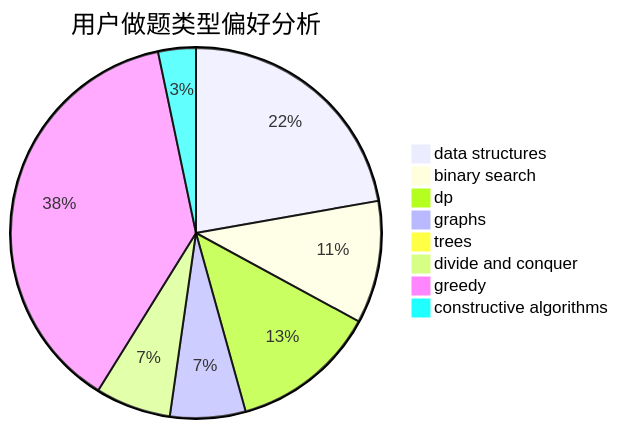
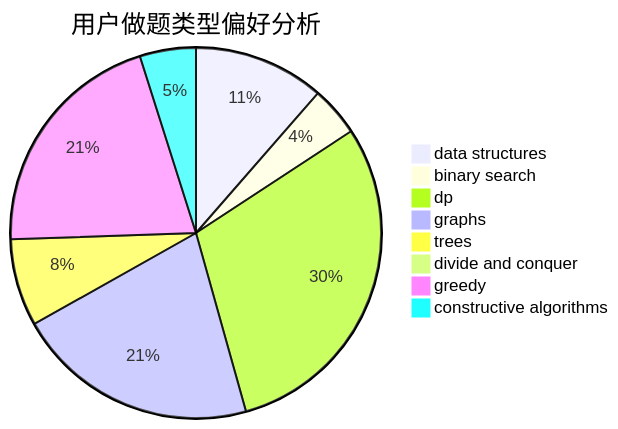
Before and after one commit to sherpahu/cfrs.github.io: the second of 3 diagrams in docs/user/u1958.md, drawn with Mermaid. The commit also changed other lines of this file and 2770 other files, not shown here.

````diff
--- a/docs/user/u1958.md
+++ b/docs/user/u1958.md
@@ -23,11 +23,11 @@
 ```mermaid
 pie title 用户做题类型偏好分析
-    "data structures" :  54
-    "binary search" :  26
-    "dp" :  31
-    "graphs" :  16
-    "trees" :  0
-    "divide and conquer" :  16
-    "greedy" :  92
-    "constructive algorithms" :  8
+    "data structures" :  21
+    "binary search" :  8
+    "dp" :  55
+    "graphs" :  39
+    "trees" :  14
+    "divide and conquer" :  1
+    "greedy" :  38
+    "constructive algorithms" :  9
 ```
````
